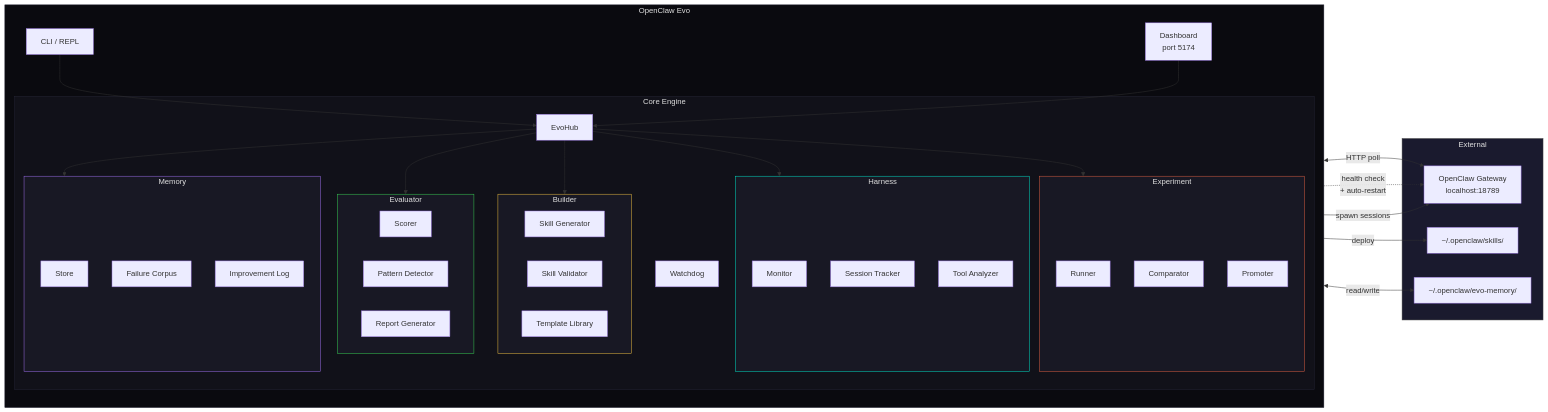
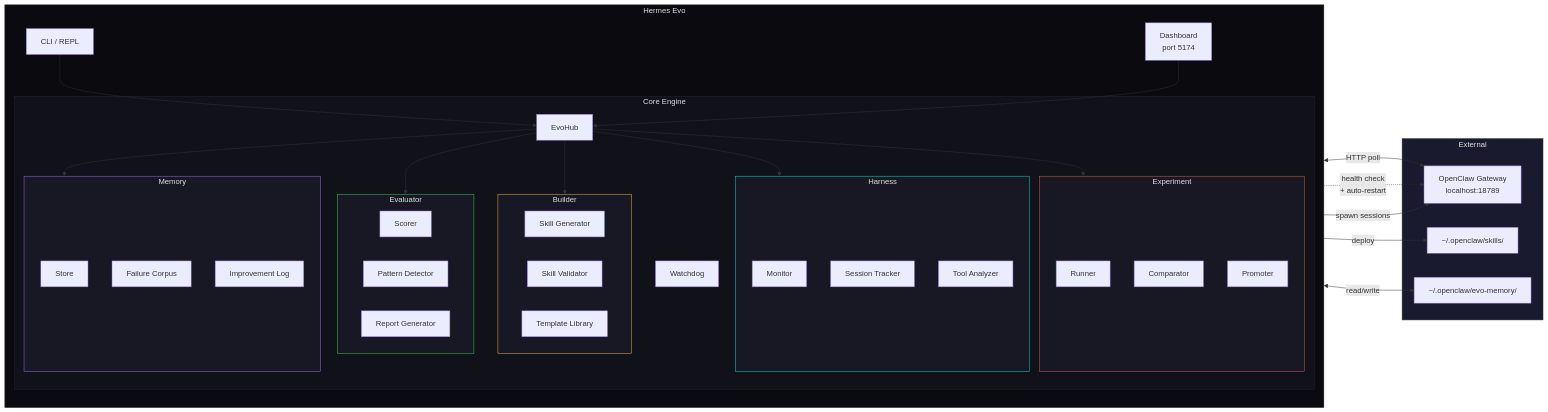
One commit to DevvGwardo/openclaw-evo changed the second of 5 diagrams in README.md. Above: the diagram before and after it, drawn with Mermaid. The commit also changed other lines of this file and 21 other files, not shown here.

````diff
--- a/README.md
+++ b/README.md
@@ -61,73 +61,73 @@
 ```mermaid
 flowchart LR
     subgraph External["External"]
         GW["OpenClaw Gateway\nlocalhost:18789"]
         Skills["~/.openclaw/skills/"]
         Disk["~/.openclaw/evo-memory/"]
     end
 
-    subgraph Evo["OpenClaw Evo"]
+    subgraph Evo["Hermes Evo"]
         direction TB
 
         CLI["CLI / REPL"]
         Dashboard["Dashboard\nport 5174"]
 
         subgraph Core["Core Engine"]
             HUB["EvoHub"]
             WD["Watchdog"]
 
             subgraph Harness["Harness"]
                 MON["Monitor"]
                 ST["Session Tracker"]
                 TA["Tool Analyzer"]
             end
 
             subgraph Eval["Evaluator"]
                 SC["Scorer"]
                 PD["Pattern Detector"]
                 RG["Report Generator"]
             end
 
             subgraph Build["Builder"]
                 SG["Skill Generator"]
                 SV["Skill Validator"]
                 TL["Template Library"]
             end
 
             subgraph Exp["Experiment"]
                 RN["Runner"]
                 CMP["Comparator"]
                 PR["Promoter"]
             end
 
             subgraph Mem["Memory"]
                 MS["Store"]
                 FC["Failure Corpus"]
                 IL["Improvement Log"]
             end
         end
 
         CLI --> HUB
         Dashboard --> HUB
         HUB --> Harness
         HUB --> Eval
         HUB --> Build
         HUB --> Exp
         HUB --> Mem
     end
 
     MON <-->|"HTTP poll"| GW
     WD -.->|"health check\n+ auto-restart"| GW
     RN -->|"spawn sessions"| GW
     PR -->|"deploy"| Skills
     MS <-->|"read/write"| Disk
 
     style Evo fill:#0a0a0f,stroke:#252535,color:#e0e0e0
     style Core fill:#111119,stroke:#252535,color:#e0e0e0
     style Harness fill:#181824,stroke:#00e5c8,color:#e0e0e0
     style Eval fill:#181824,stroke:#39d353,color:#e0e0e0
     style Build fill:#181824,stroke:#f0c040,color:#e0e0e0
     style Exp fill:#181824,stroke:#e06040,color:#e0e0e0
     style Mem fill:#181824,stroke:#a070f0,color:#e0e0e0
     style External fill:#1a1a2e,stroke:#444,color:#e0e0e0
 ```
````
